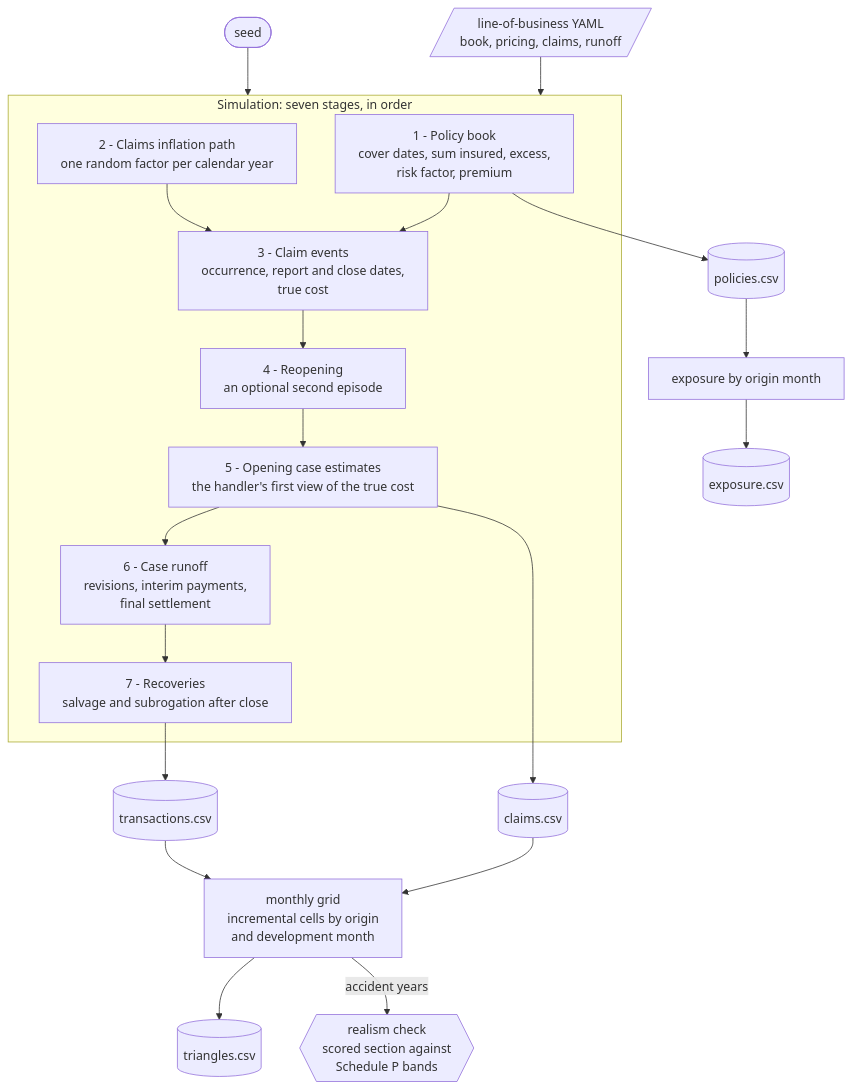
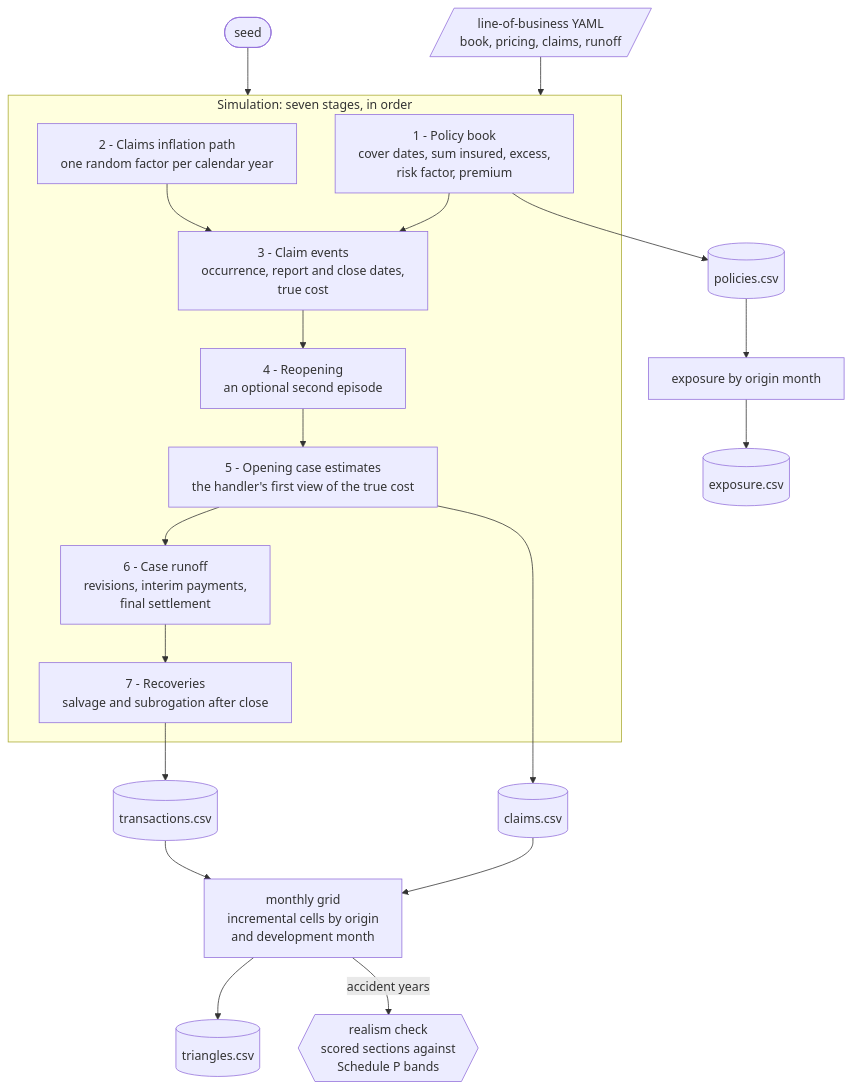
The first of 10 diagrams in README.md (le-marais/claims-data-generator), drawn with Mermaid before and after one commit. The commit also changed other lines of this file and 36 other files, not shown here.

First line of the commit message:
Split third-party cover into property damage and injury, scored together against Schedule P Part 1B (#29)

````diff
--- a/README.md
+++ b/README.md
@@ -63,36 +63,36 @@
 ```mermaid
 %%{init: {"flowchart": {"wrappingWidth": 480}}}%%
 flowchart TD
     yaml[/"line-of-business YAML<br/>book, pricing, claims, runoff"/]
     seed(["seed"])
     subgraph sim["Simulation: seven stages, in order"]
         s1["1 - Policy book<br/>cover dates, sum insured, excess,<br/>risk factor, premium"]
         s2["2 - Claims inflation path<br/>one random factor per calendar year"]
         s3["3 - Claim events<br/>occurrence, report and close dates,<br/>true cost"]
         s4["4 - Reopening<br/>an optional second episode"]
         s5["5 - Opening case estimates<br/>the handler's first view of the true cost"]
         s6["6 - Case runoff<br/>revisions, interim payments,<br/>final settlement"]
         s7["7 - Recoveries<br/>salvage and subrogation after close"]
         s1 --> s3
         s2 --> s3
         s3 --> s4 --> s5 --> s6 --> s7
     end
     policiesCsv[("policies.csv")]
     claimsCsv[("claims.csv")]
     transactionsCsv[("transactions.csv")]
     grid["monthly grid<br/>incremental cells by origin<br/>and development month"]
     exposure["exposure by origin month"]
     trianglesCsv[("triangles.csv")]
     exposureCsv[("exposure.csv")]
-    realism{{"realism check<br/>scored section against<br/>Schedule P bands"}}
+    realism{{"realism check<br/>scored sections against<br/>Schedule P bands"}}
     yaml --> sim
     seed --> sim
     s1 --> policiesCsv
     s5 --> claimsCsv
     s7 --> transactionsCsv
     claimsCsv & transactionsCsv --> grid
     policiesCsv --> exposure
     grid --> trianglesCsv
     exposure --> exposureCsv
     grid -- "accident years" --> realism
 ```
````
